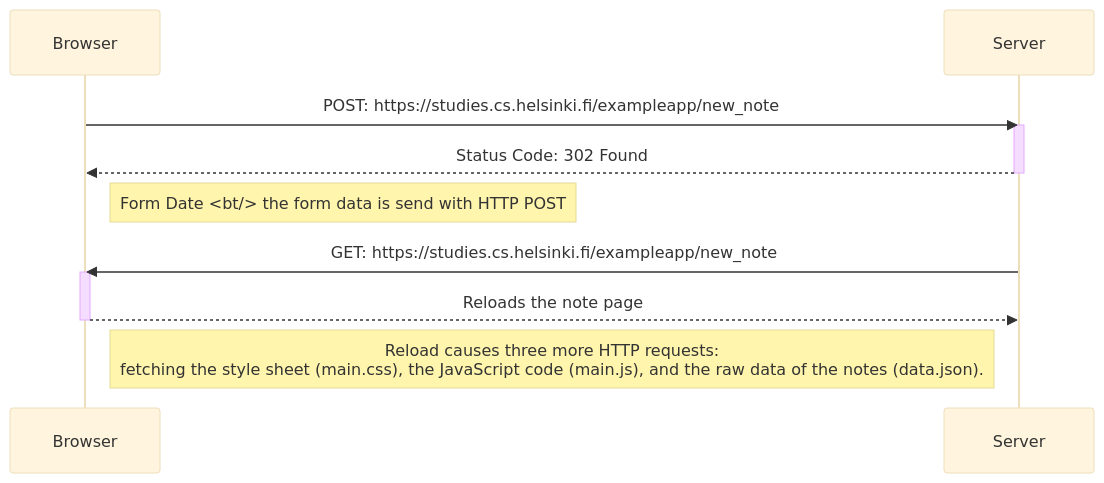
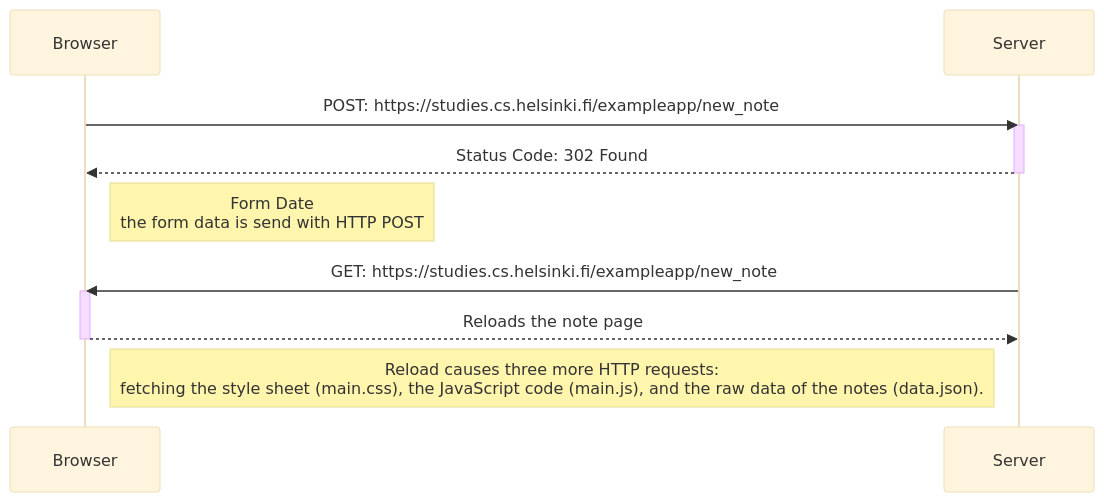
The diagram in Part0/new-note-diagram.md (rahul-004x/fsopen-containers), drawn with Mermaid (base theme) before and after one commit.

````diff
--- a/Part0/new-note-diagram.md
+++ b/Part0/new-note-diagram.md
@@ -1,22 +1,22 @@
 ```mermaid
 
 sequenceDiagram
     participant Browser
     participant Server
 
     Browser->>Server: POST: https://studies.cs.helsinki.fi/exampleapp/new_note
     activate Server
     Server-->>Browser: Status Code: 302 Found
     deactivate Server
 
-    Note right of Browser: Form Date <bt/> the form data is send with HTTP POST
+    Note right of Browser: Form Date <br/> the form data is send with HTTP POST
 
     Server->>Browser: GET: https://studies.cs.helsinki.fi/exampleapp/new_note
     activate Browser
     Browser-->>Server: Reloads the note page
     deactivate Browser
 
     Note right of Browser: Reload causes three more HTTP requests:<br/> fetching the style sheet (main.css), the JavaScript code (main.js), and the raw data of the notes (data.json).
 
 
 ```
````
